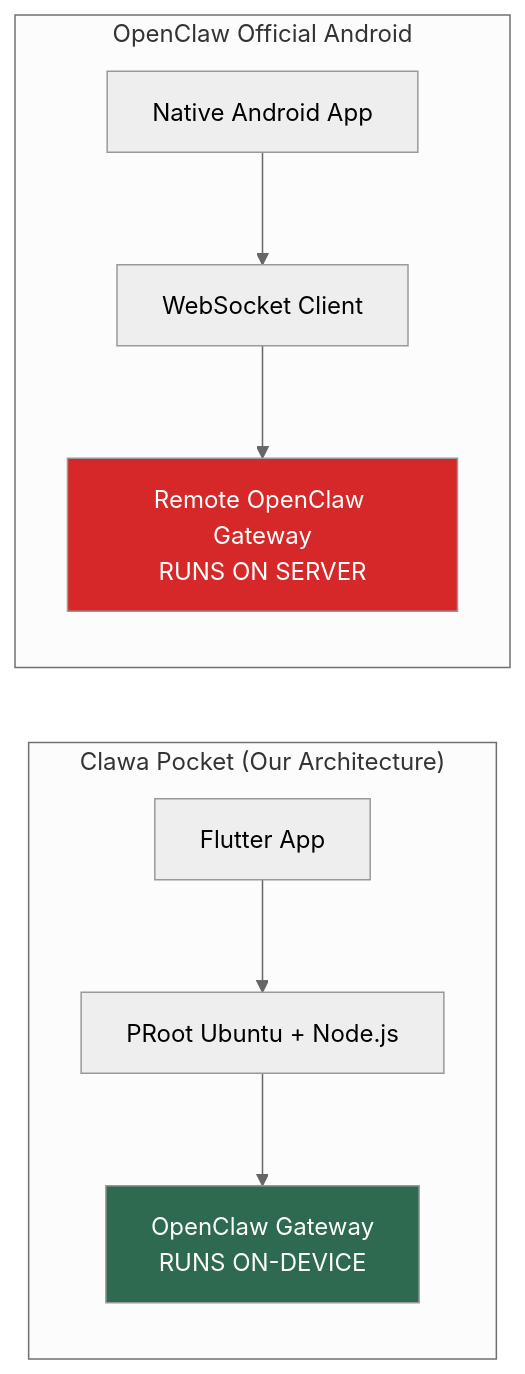
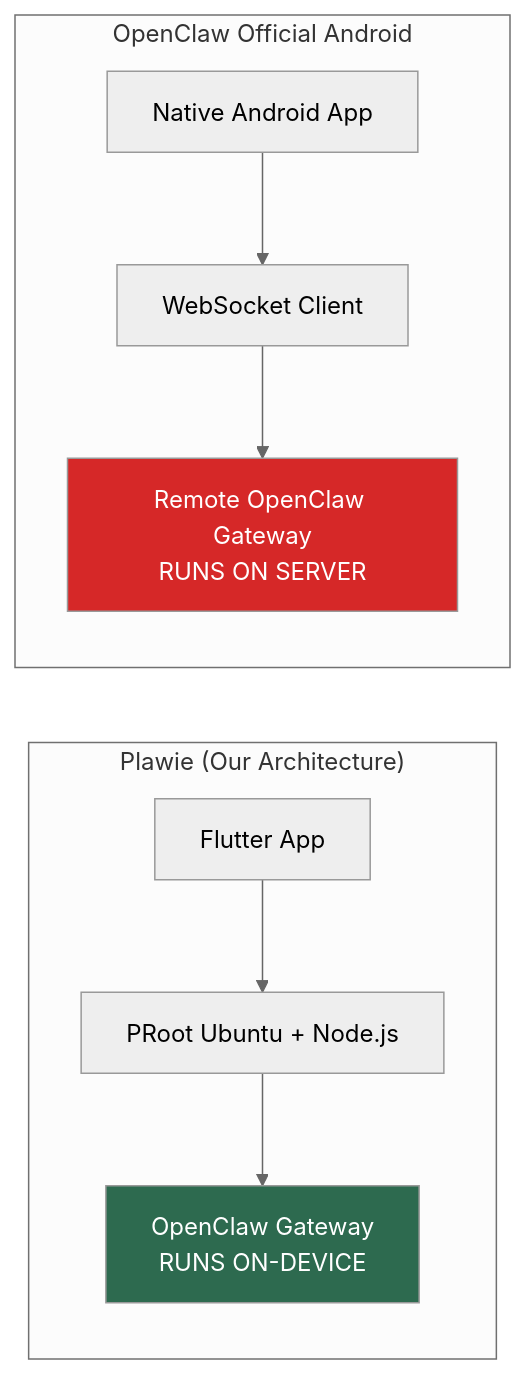
The third of 5 diagrams in ARCHITECTURE_REPORT.md (vmbbz/plawie), drawn with Mermaid (neutral theme) before and after one commit. The commit also changed other lines of this file and 5 other files, not shown here.

````diff
--- a/ARCHITECTURE_REPORT.md
+++ b/ARCHITECTURE_REPORT.md
@@ -134,21 +146,21 @@
 ```mermaid
 graph LR
-    subgraph "Clawa Pocket (Our Architecture)"
+    subgraph "Plawie (Our Architecture)"
         direction TB
         CP1["Flutter App"]
         CP2["PRoot Ubuntu + Node.js"]
         CP3["OpenClaw Gateway<br/>RUNS ON-DEVICE"]
         CP1 --> CP2 --> CP3
     end
 
     subgraph "OpenClaw Official Android"
         direction TB
         OA1["Native Android App"]
         OA2["WebSocket Client"]
         OA3["Remote OpenClaw Gateway<br/>RUNS ON SERVER"]
         OA1 --> OA2 --> OA3
     end
 
     style CP3 fill:#2d6a4f,color:#fff
     style OA3 fill:#d62828,color:#fff
 ```
````
